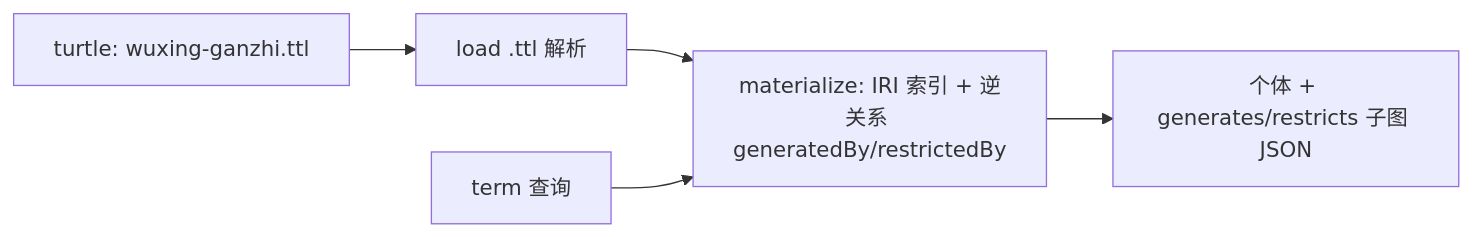
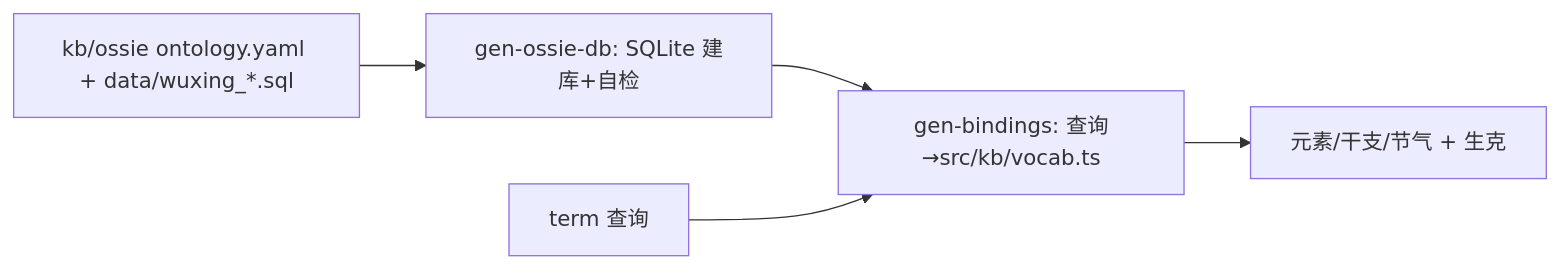
One commit to ZiFan1117/bazidiy changed the first of 4 diagrams in atoms/bazidiy.kb.wuxing_ganzhi.atom.md. Above: the diagram before and after it, drawn with Mermaid. The commit also changed other lines of this file and 13 other files, not shown here.

First line of the commit message:
feat(kb/ossie): 五行合并进单篇 ontology + wuxing 实例迁 SQLite (#5)

````diff
--- a/atoms/bazidiy.kb.wuxing_ganzhi.atom.md
+++ b/atoms/bazidiy.kb.wuxing_ganzhi.atom.md
@@ -27,7 +27,7 @@
 ```mermaid
 flowchart LR
-S[turtle: wuxing-ganzhi.ttl] --> L[load .ttl 解析]
-L --> M[materialize: IRI 索引 + 逆关系 generatedBy/restrictedBy]
-Q[term 查询] --> M
-M --> O[个体 + generates/restricts 子图 JSON]
+S[kb/ossie ontology.yaml + data/wuxing_*.sql] --> L[gen-ossie-db: SQLite 建库+自检]
+L --> B[gen-bindings: 查询→src/kb/vocab.ts]
+Q[term 查询] --> B
+B --> O[元素/干支/节气 + 生克]
 ```
````
